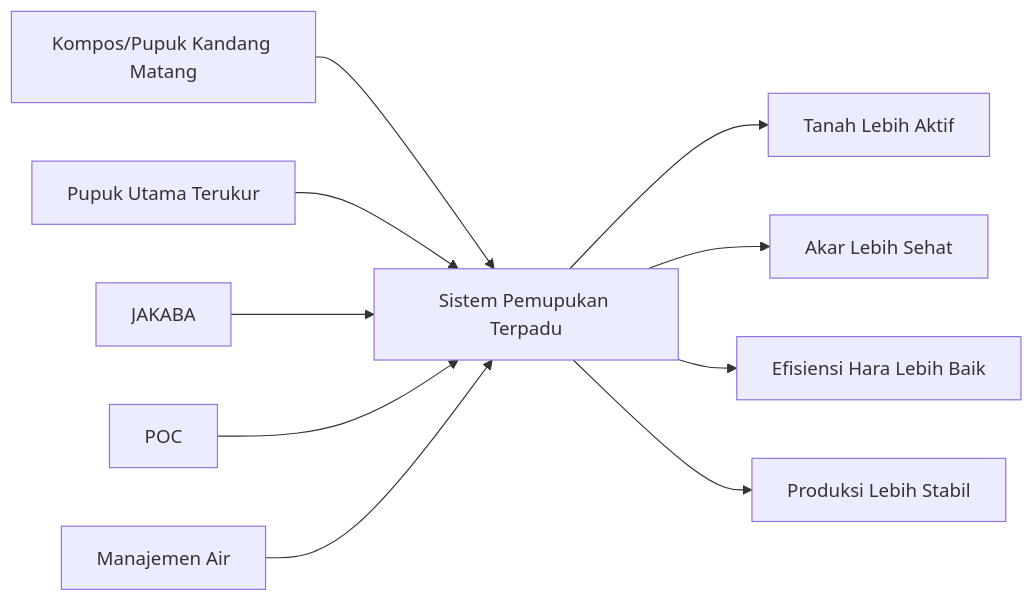
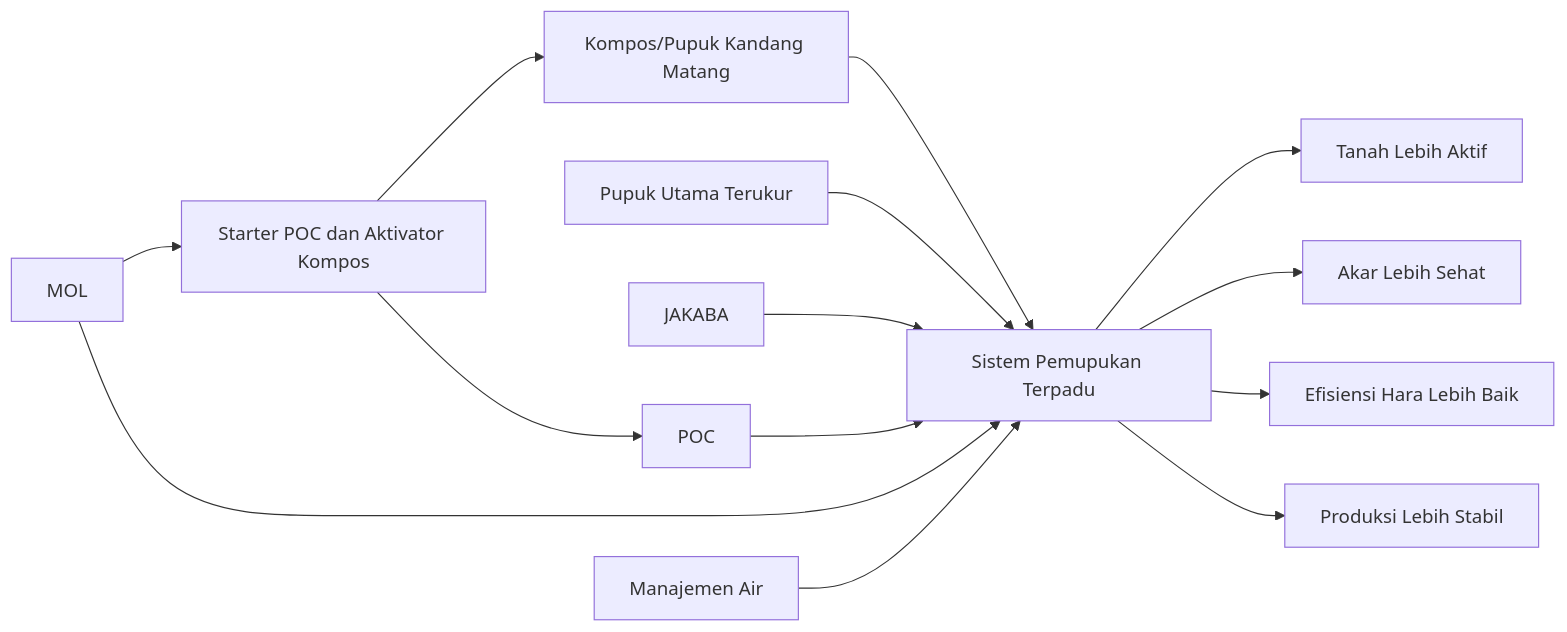
The seventh of 21 diagrams in content/blog/agri/agen-hayati/jakaba-poc-cabai-durian.mdx (slametsampon/kawruhnology), drawn with Mermaid before and after one commit. The commit also changed other lines of this file and 6 other files, not shown here.

````diff
--- a/content/blog/agri/agen-hayati/jakaba-poc-cabai-durian.mdx
+++ b/content/blog/agri/agen-hayati/jakaba-poc-cabai-durian.mdx
@@ -678,13 +972,18 @@
 ```mermaid
 flowchart LR
     A[Kompos/Pupuk Kandang Matang] --> E[Sistem Pemupukan Terpadu]
     B[Pupuk Utama Terukur] --> E
     C[JAKABA] --> E
     D[POC] --> E
-    F[Manajemen Air] --> E
+    F[MOL] --> E
+    G[Manajemen Air] --> E
 
-    E --> G[Tanah Lebih Aktif]
-    E --> H[Akar Lebih Sehat]
-    E --> I[Efisiensi Hara Lebih Baik]
-    E --> J[Produksi Lebih Stabil]
+    F --> H[Starter POC dan Aktivator Kompos]
+    H --> D
+    H --> A
+
+    E --> I[Tanah Lebih Aktif]
+    E --> J[Akar Lebih Sehat]
+    E --> K[Efisiensi Hara Lebih Baik]
+    E --> L[Produksi Lebih Stabil]
 ```
````
